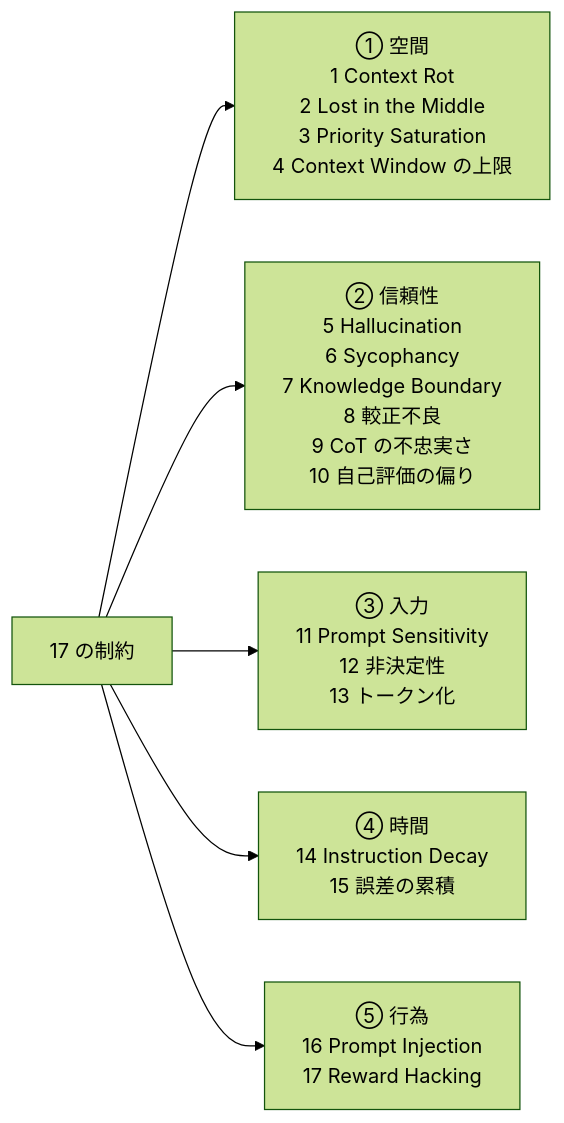
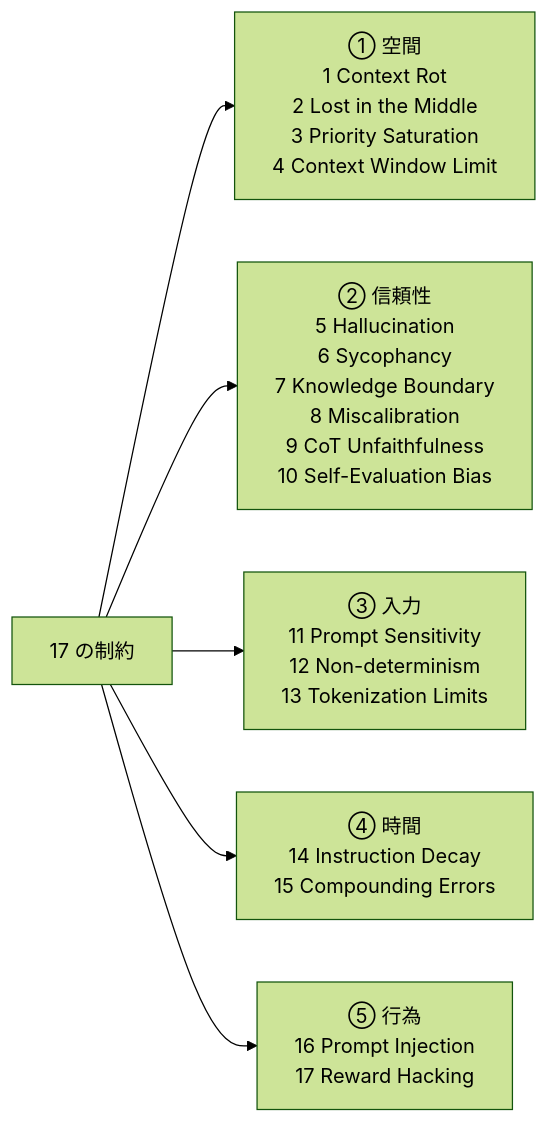
One commit to shuji-bonji/zenn-articles changed the first of 3 diagrams in articles/llm-17-constraints.md. Above: the diagram before and after it, drawn with Mermaid (forest theme). The commit also changed other lines of this file, not shown here.

````diff
--- a/articles/llm-17-constraints.md
+++ b/articles/llm-17-constraints.md
@@ -76,9 +78,9 @@
 ```mermaid
 flowchart LR
   R["17 の制約"]
-  R --> A["① 空間<br/>1 Context Rot<br/>2 Lost in the Middle<br/>3 Priority Saturation<br/>4 Context Window の上限"]
-  R --> B["② 信頼性<br/>5 Hallucination<br/>6 Sycophancy<br/>7 Knowledge Boundary<br/>8 較正不良<br/>9 CoT の不忠実さ<br/>10 自己評価の偏り"]
-  R --> C["③ 入力<br/>11 Prompt Sensitivity<br/>12 非決定性<br/>13 トークン化"]
-  R --> D["④ 時間<br/>14 Instruction Decay<br/>15 誤差の累積"]
+  R --> A["① 空間<br/>1 Context Rot<br/>2 Lost in the Middle<br/>3 Priority Saturation<br/>4 Context Window Limit"]
+  R --> B["② 信頼性<br/>5 Hallucination<br/>6 Sycophancy<br/>7 Knowledge Boundary<br/>8 Miscalibration<br/>9 CoT Unfaithfulness<br/>10 Self-Evaluation Bias"]
+  R --> C["③ 入力<br/>11 Prompt Sensitivity<br/>12 Non-determinism<br/>13 Tokenization Limits"]
+  R --> D["④ 時間<br/>14 Instruction Decay<br/>15 Compounding Errors"]
   R --> E["⑤ 行為<br/>16 Prompt Injection<br/>17 Reward Hacking"]
 ```
````
